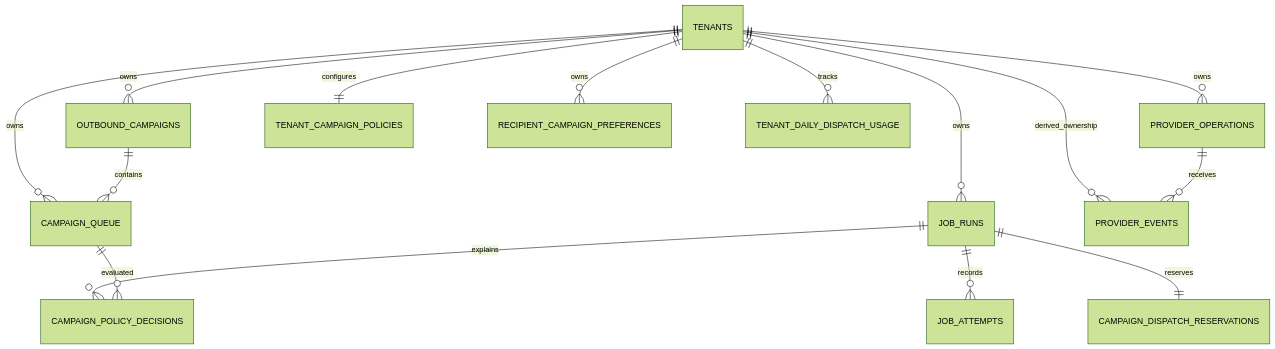
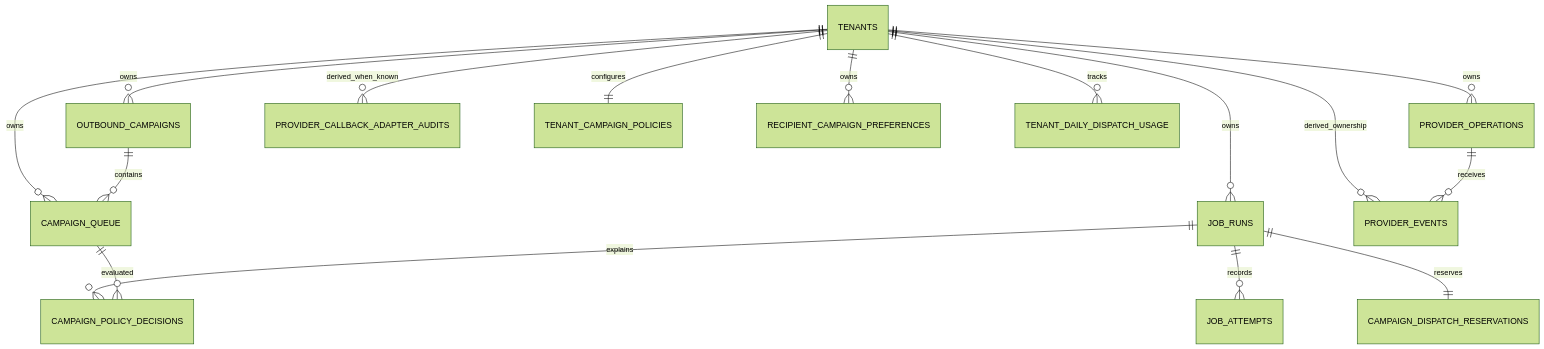
Before and after one commit to jeevesh2515/voxflow-voice-agent: the diagram in schema.md, drawn with Mermaid (forest theme). The commit also changed other lines of this file and 23 other files, not shown here.

Commit message:
feat: certify Dial sandbox callback adapter

````diff
--- a/schema.md
+++ b/schema.md
@@ -95,17 +110,18 @@
 ```mermaid
 erDiagram
     TENANTS ||--o{ OUTBOUND_CAMPAIGNS : owns
     TENANTS ||--o{ CAMPAIGN_QUEUE : owns
     TENANTS ||--o{ JOB_RUNS : owns
     TENANTS ||--o{ PROVIDER_OPERATIONS : owns
     TENANTS ||--o{ PROVIDER_EVENTS : derived_ownership
+    TENANTS ||--o{ PROVIDER_CALLBACK_ADAPTER_AUDITS : derived_when_known
     TENANTS ||--|| TENANT_CAMPAIGN_POLICIES : configures
     TENANTS ||--o{ RECIPIENT_CAMPAIGN_PREFERENCES : owns
     TENANTS ||--o{ TENANT_DAILY_DISPATCH_USAGE : tracks
     OUTBOUND_CAMPAIGNS ||--o{ CAMPAIGN_QUEUE : contains
     JOB_RUNS ||--o{ JOB_ATTEMPTS : records
     PROVIDER_OPERATIONS ||--o{ PROVIDER_EVENTS : receives
     JOB_RUNS ||--|| CAMPAIGN_DISPATCH_RESERVATIONS : reserves
     JOB_RUNS ||--o{ CAMPAIGN_POLICY_DECISIONS : explains
     CAMPAIGN_QUEUE ||--o{ CAMPAIGN_POLICY_DECISIONS : evaluated
 ```
````
